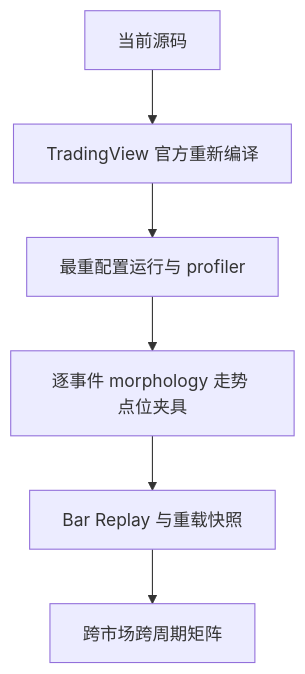
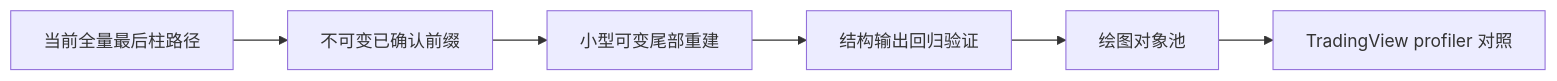
One commit to crossly/chanlun-for-tradingview changed the diagram in brain/roadmap.md. Above: the diagram before and after it, drawn with Mermaid. The commit also changed other lines of this file and 7 other files, not shown here.

````diff
--- a/brain/roadmap.md
+++ b/brain/roadmap.md
@@ -20,8 +21,8 @@
 ```mermaid
-graph TD
-  A[当前源码] --> B[TradingView 官方重新编译]
-  B --> C[最重配置运行与 profiler]
-  C --> D[逐事件 morphology 走势 点位夹具]
-  D --> E[Bar Replay 与重载快照]
-  E --> F[跨市场跨周期矩阵]
+graph LR
+  A[当前全量最后柱路径] --> B[不可变已确认前缀]
+  B --> C[小型可变尾部重建]
+  C --> D[结构输出回归验证]
+  D --> E[绘图对象池]
+  E --> F[TradingView profiler 对照]
 ```
````
